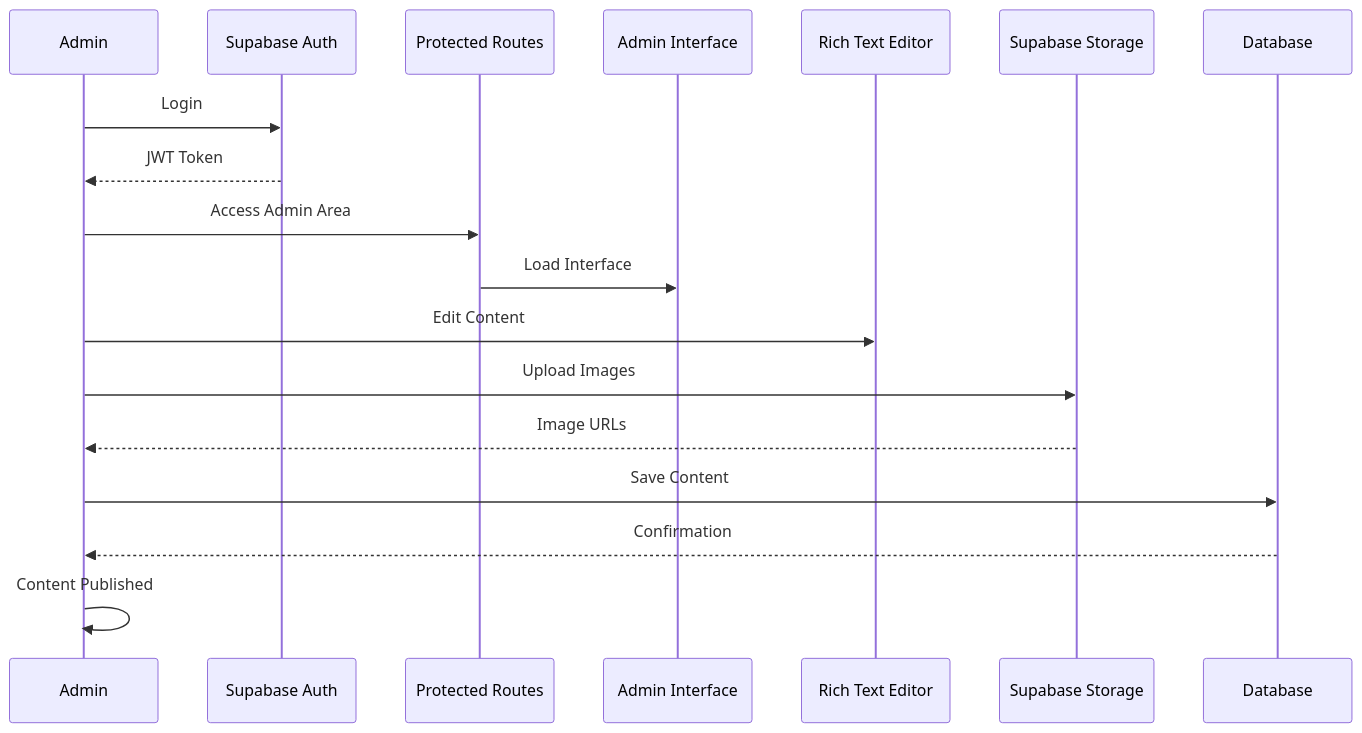
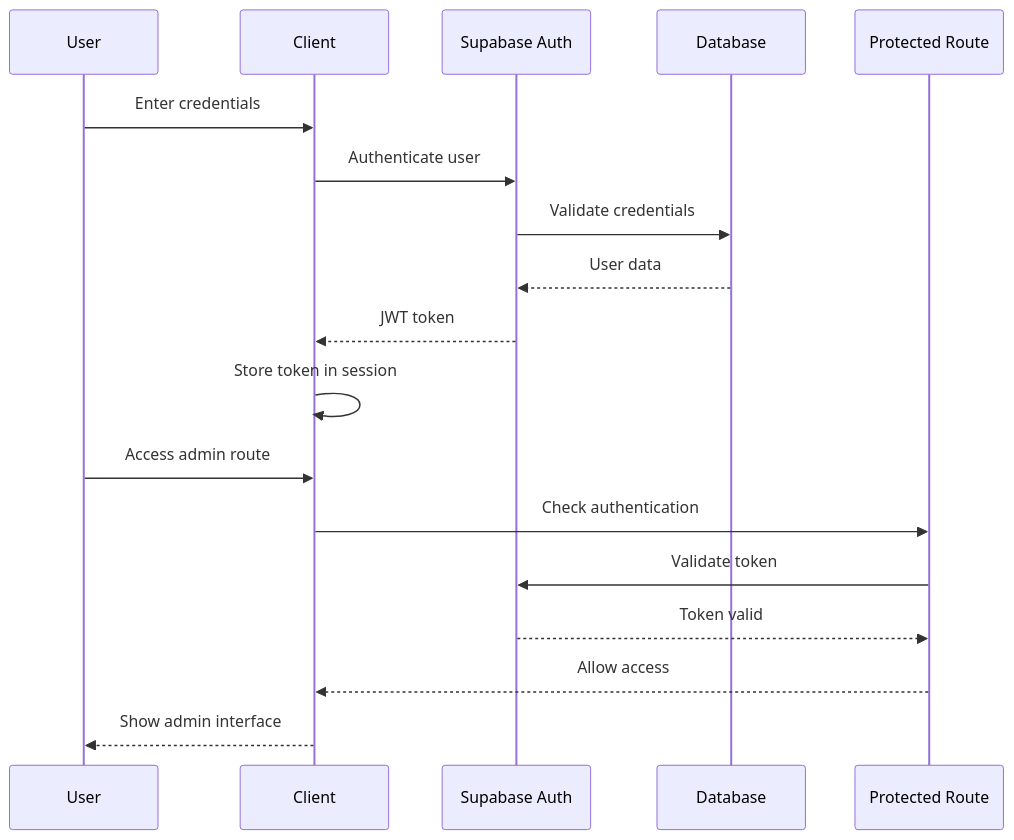
Before and after one commit to matt-dinh13/matt-dinh-blog: the fourth of 15 diagrams in docs/diagrams/system-architecture.md, drawn with Mermaid. The commit also changed other lines of this file and 8 other files, not shown here.

````diff
--- a/docs/diagrams/system-architecture.md
+++ b/docs/diagrams/system-architecture.md
@@ -259,21 +226,21 @@
 ```mermaid
 sequenceDiagram
-    participant A as Admin
-    participant SA as Supabase Auth
-    participant PR as Protected Routes
-    participant AI as Admin Interface
-    participant RTE as Rich Text Editor
-    participant SS as Supabase Storage
-    participant DB as Database
+    participant U as User
+    participant C as Client
+    participant A as Supabase Auth
+    participant D as Database
+    participant P as Protected Route
     
-    A->>SA: Login
-    SA-->>A: JWT Token
-    A->>PR: Access Admin Area
-    PR->>AI: Load Interface
-    A->>RTE: Edit Content
-    A->>SS: Upload Images
-    SS-->>A: Image URLs
-    A->>DB: Save Content
-    DB-->>A: Confirmation
-    A->>A: Content Published
+    U->>C: Enter credentials
+    C->>A: Authenticate user
+    A->>D: Validate credentials
+    D-->>A: User data
+    A-->>C: JWT token
+    C->>C: Store token in session
+    U->>C: Access admin route
+    C->>P: Check authentication
+    P->>A: Validate token
+    A-->>P: Token valid
+    P-->>C: Allow access
+    C-->>U: Show admin interface
 ```
````
